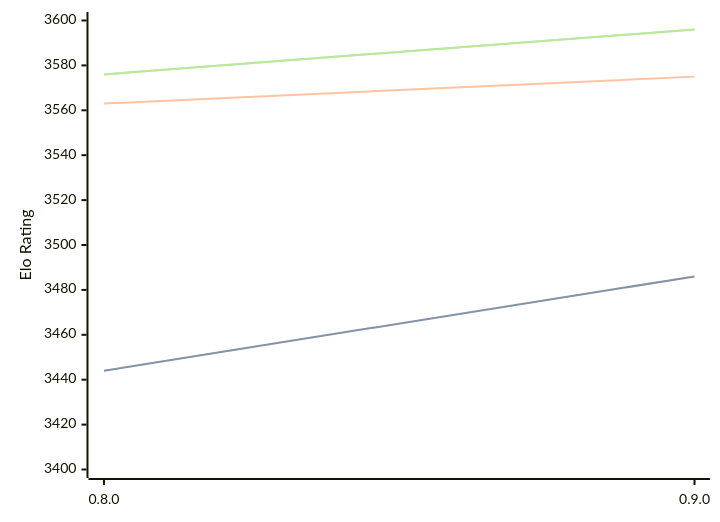
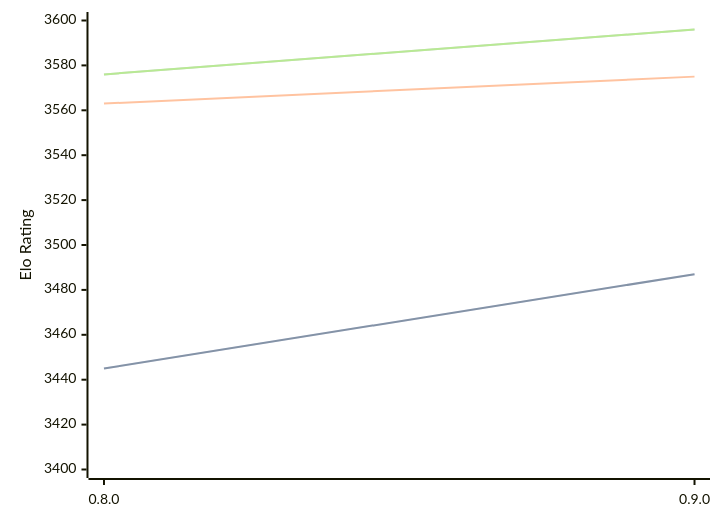
One commit to computer-chess-index/cci changed the diagram in engines/Reckless.md. Above: the diagram before and after it, drawn with Mermaid. The commit also changed other lines of this file, not shown here.

````diff
--- a/engines/Reckless.md
+++ b/engines/Reckless.md
@@ -32,11 +32,11 @@
 ```mermaid
 %%{init: {"theme":"base","themeVariables":{"seriesColors:['#a3a3a3','#222221','#faa371']}}}%%
 xychart-beta
   x-axis ["0.8.0", "0.9.0"]
   y-axis "Elo Rating" 3400 --> 3600
-  line "" [3444, 3486]
-  line "STC (8.0+0.08s)" [3444, 3486]
+  line "" [3445, 3487]
+  line "STC (8.0+0.08s)" [3445, 3487]
   line "LTC (60.0+0.60s)" [3563, 3575]
   line "" [3576, 3596]
   line "VLTC (2m24s+1.12s)" [3576, 3596]
 ```
````
